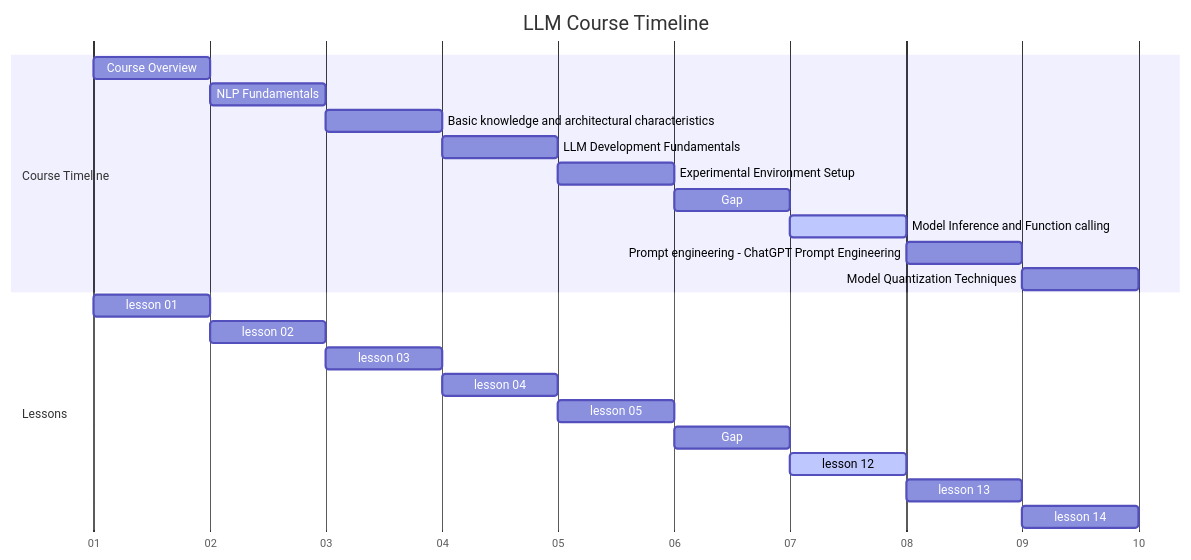
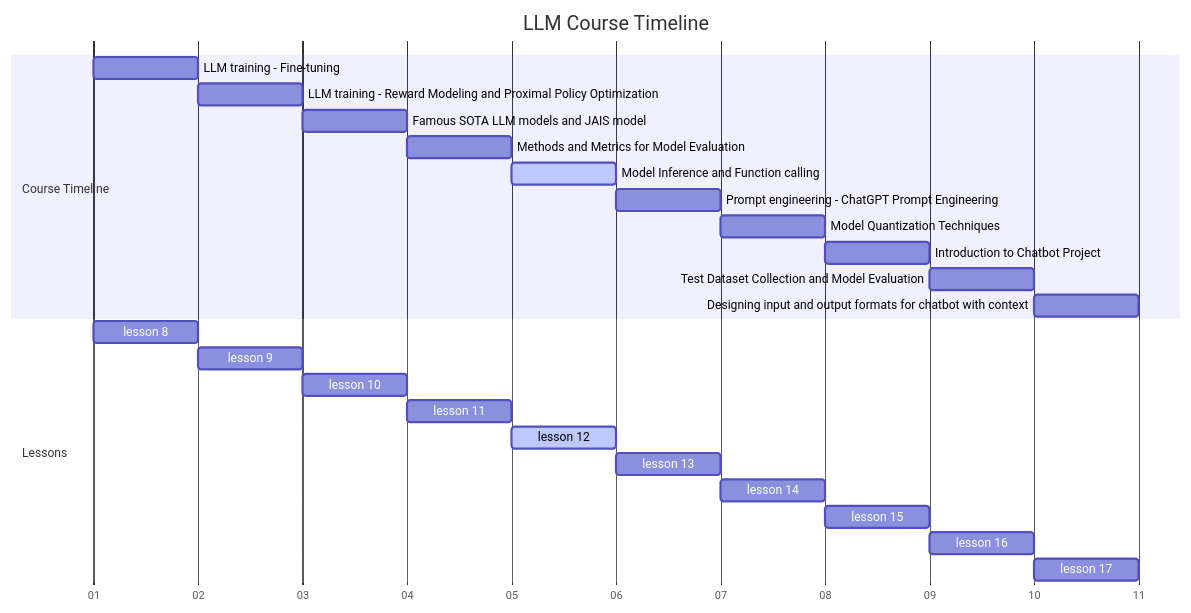
The first of 2 diagrams in notebooks/md/lesson_12_Model_Inference_and_Function_calling.md (chenxingqiang/llm-course-chen), drawn with Mermaid before and after one commit. The commit also changed other lines of this file and 12 other files, not shown here.

````diff
--- a/notebooks/md/lesson_12_Model_Inference_and_Function_calling.md
+++ b/notebooks/md/lesson_12_Model_Inference_and_Function_calling.md
@@ -3,26 +3,28 @@
 ```mermaid
 gantt
     title LLM Course Timeline
     dateFormat X
     axisFormat %d
     section Course Timeline
-    Course Overview                                     :a1, 0, 1d
-    NLP Fundamentals                                    :a2, after a1, 1d
-    Basic knowledge and architectural characteristics   :a3, after a2, 1d
-    LLM Development Fundamentals                        :a4, after a3, 1d
-    Experimental Environment Setup                      :a5, after a4, 1d
-    Gap                                                 :a6, after a5, 1d
-    Model Inference and Function calling                :active,a12, after a6, 1d
-    Prompt engineering - ChatGPT Prompt Engineering     :a13, after a12, 1d
-    Model Quantization Techniques                       :a14, after a13, 1d
+    LLM training - Fine-tuning                         :a8, 0, 1d
+    LLM training - Reward Modeling and Proximal Policy Optimization :a9, after a8, 1d
+    Famous SOTA LLM models and JAIS model              :a10, after a9, 1d
+    Methods and Metrics for Model Evaluation           :a11, after a10, 1d
+    Model Inference and Function calling               :active,a12, after a11, 1d
+    Prompt engineering - ChatGPT Prompt Engineering    :a13, after a12, 1d
+    Model Quantization Techniques                      :a14, after a13, 1d
+    Introduction to Chatbot Project                    :a15, after a14, 1d
+    Test Dataset Collection and Model Evaluation       :a16, after a15, 1d
+    Designing input and output formats for chatbot with context :a17, after a16, 1d
     section Lessons
-    lesson 01 :l1, 0, 1d
-    lesson 02 :l2, after l1, 1d
-    lesson 03 :l3, after l2, 1d
-    lesson 04 :l4, after l3, 1d
-    lesson 05 :l5, after l4, 1d
-    Gap       :l6, after l5, 1d
-    lesson 12 :active,l12, after l6, 1d
+    lesson 8  :l8, 0, 1d
+    lesson 9  :l9, after l8, 1d
+    lesson 10 :l10, after l9, 1d
+    lesson 11 :l11, after l10, 1d
+    lesson 12 :active,l12, after l11, 1d
     lesson 13 :l13, after l12, 1d
     lesson 14 :l14, after l13, 1d
+    lesson 15 :l15, after l14, 1d
+    lesson 16 :l16, after l15, 1d
+    lesson 17 :l17, after l16, 1d
 ```
````
